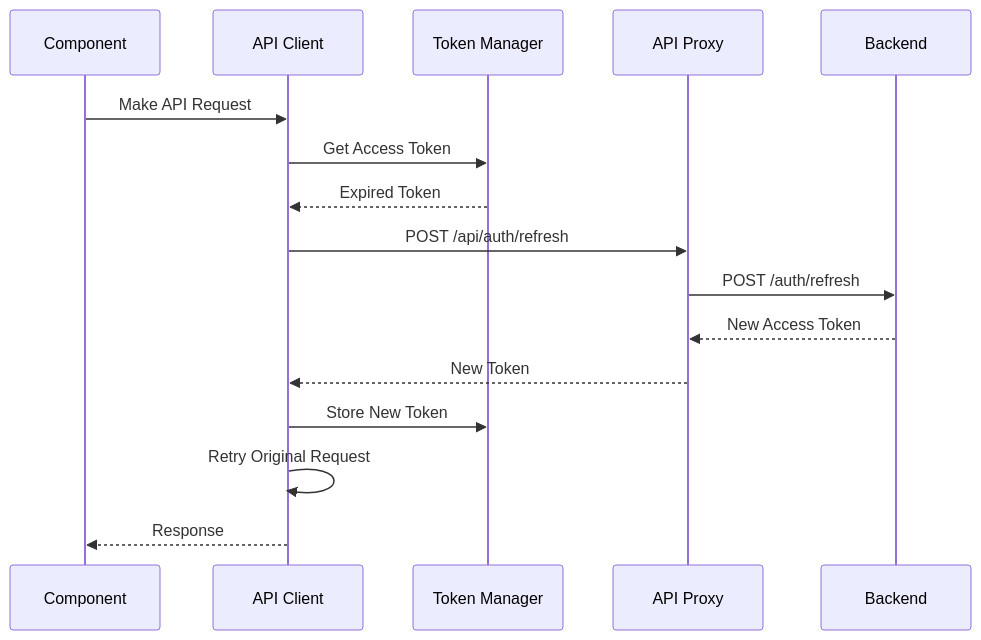
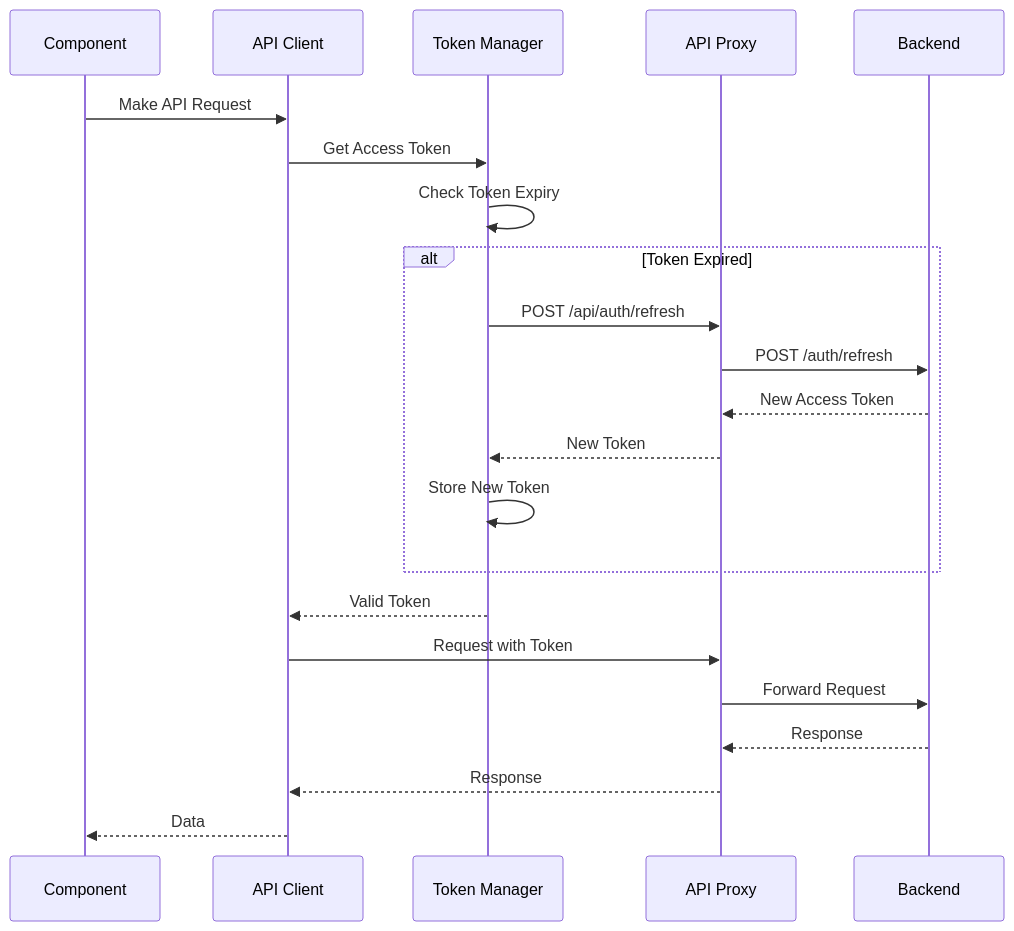
Before and after one commit to amertarva/amertask: the tenth of 27 diagrams in apps/web/ARCHITECTURE.md, drawn with Mermaid. The commit also changed other lines of this file and 150 other files, not shown here.

````diff
--- a/apps/web/ARCHITECTURE.md
+++ b/apps/web/ARCHITECTURE.md
@@ -431,19 +917,27 @@
 ```mermaid
 sequenceDiagram
     participant C as Component
     participant A as API Client
     participant T as Token Manager
     participant P as API Proxy
     participant B as Backend
 
     C->>A: Make API Request
     A->>T: Get Access Token
-    T-->>A: Expired Token
-    A->>P: POST /api/auth/refresh
-    P->>B: POST /auth/refresh
-    B-->>P: New Access Token
-    P-->>A: New Token
-    A->>T: Store New Token
-    A->>A: Retry Original Request
-    A-->>C: Response
+    T->>T: Check Token Expiry
+
+    alt Token Expired
+        T->>P: POST /api/auth/refresh
+        P->>B: POST /auth/refresh
+        B-->>P: New Access Token
+        P-->>T: New Token
+        T->>T: Store New Token
+    end
+
+    T-->>A: Valid Token
+    A->>P: Request with Token
+    P->>B: Forward Request
+    B-->>P: Response
+    P-->>A: Response
+    A-->>C: Data
 ```
````
